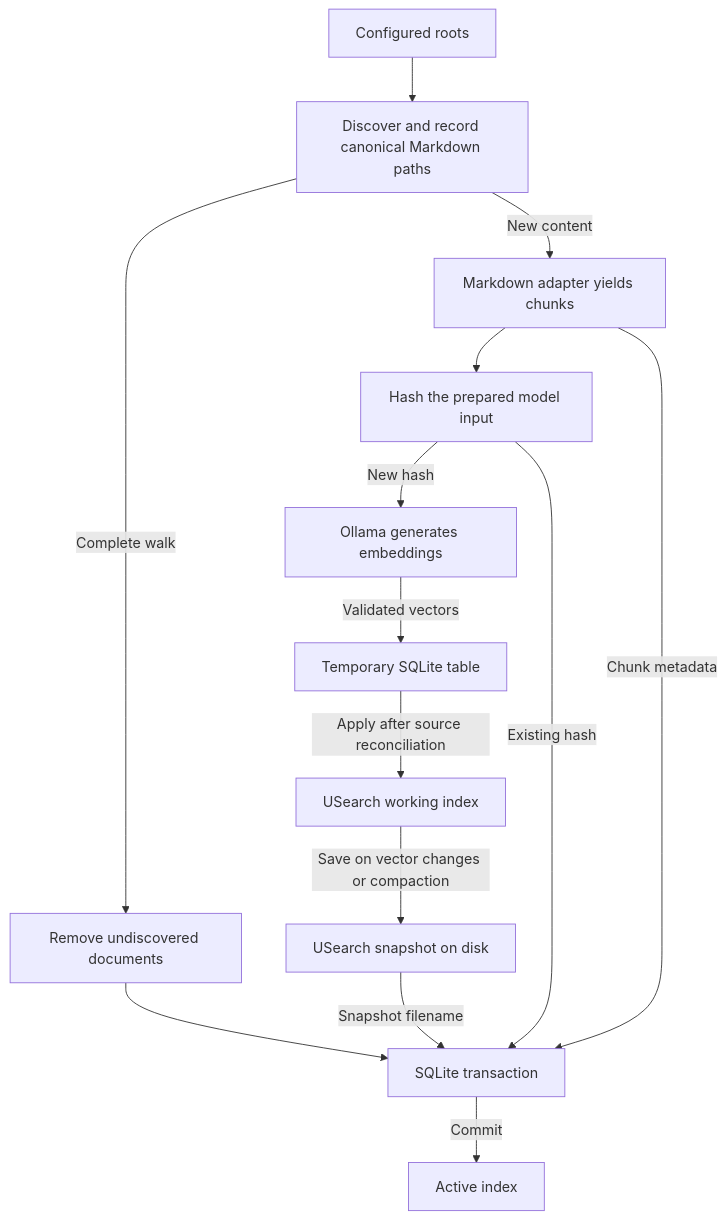
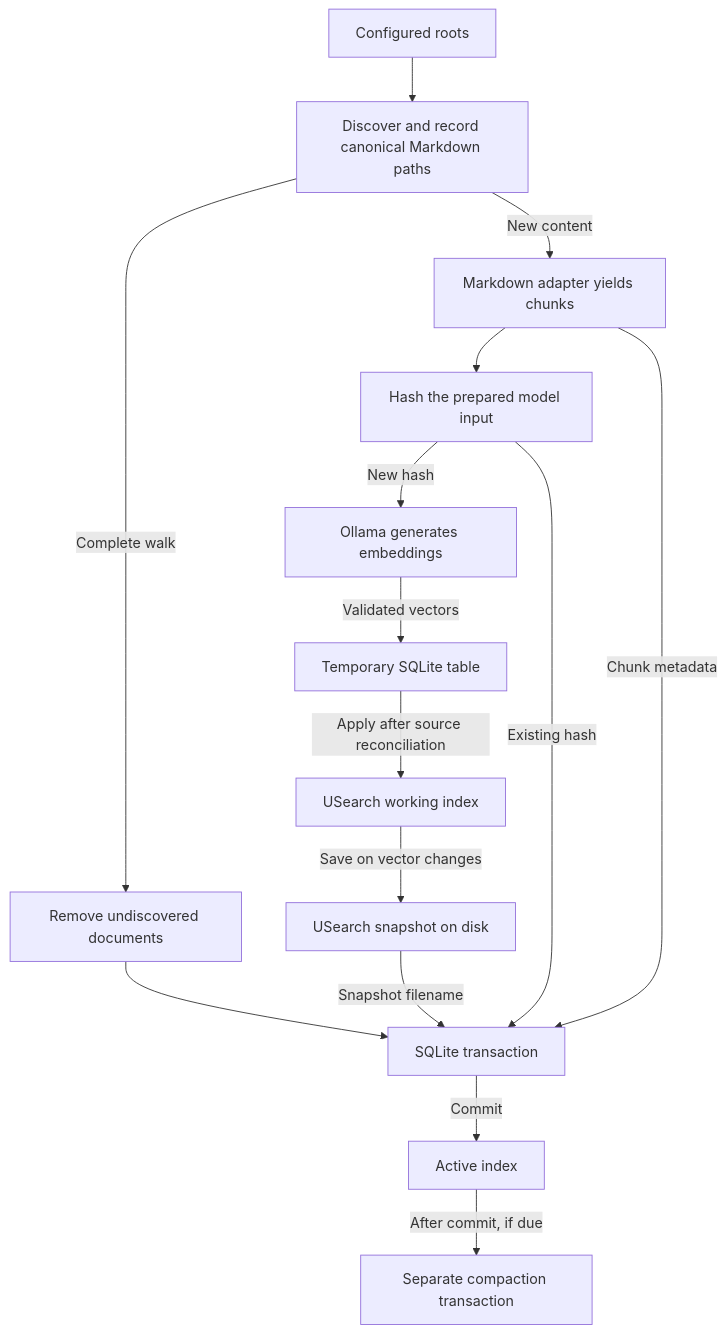
Before and after one commit to cleg/Trombone: the diagram in README.md, drawn with Mermaid. The commit also changed other lines of this file and 25 other files, not shown here.

Commit message:
Updates in logic and architecture

````diff
--- a/README.md
+++ b/README.md
@@ -59,16 +68,17 @@
 ```mermaid
 flowchart TD
     files["Configured roots"] --> walk["Discover and record canonical Markdown paths"]
     walk -->|Complete walk| cleanup["Remove undiscovered documents"]
     cleanup --> rows
     walk -->|New content| chunk["Markdown adapter yields chunks"]
     chunk --> input["Hash the prepared model input"]
     input -->|New hash| ollama["Ollama generates embeddings"]
     input -->|Existing hash| rows
     chunk -->|Chunk metadata| rows["SQLite transaction"]
     ollama -->|Validated vectors| staged["Temporary SQLite table"]
     staged -->|Apply after source reconciliation| working["USearch working index"]
-    working -->|Save on vector changes or compaction| snapshot["USearch snapshot on disk"]
+    working -->|Save on vector changes| snapshot["USearch snapshot on disk"]
     snapshot -->|Snapshot filename| rows
     rows -->|Commit| active["Active index"]
+    active -->|After commit, if due| compact["Separate compaction transaction"]
 ```
````
